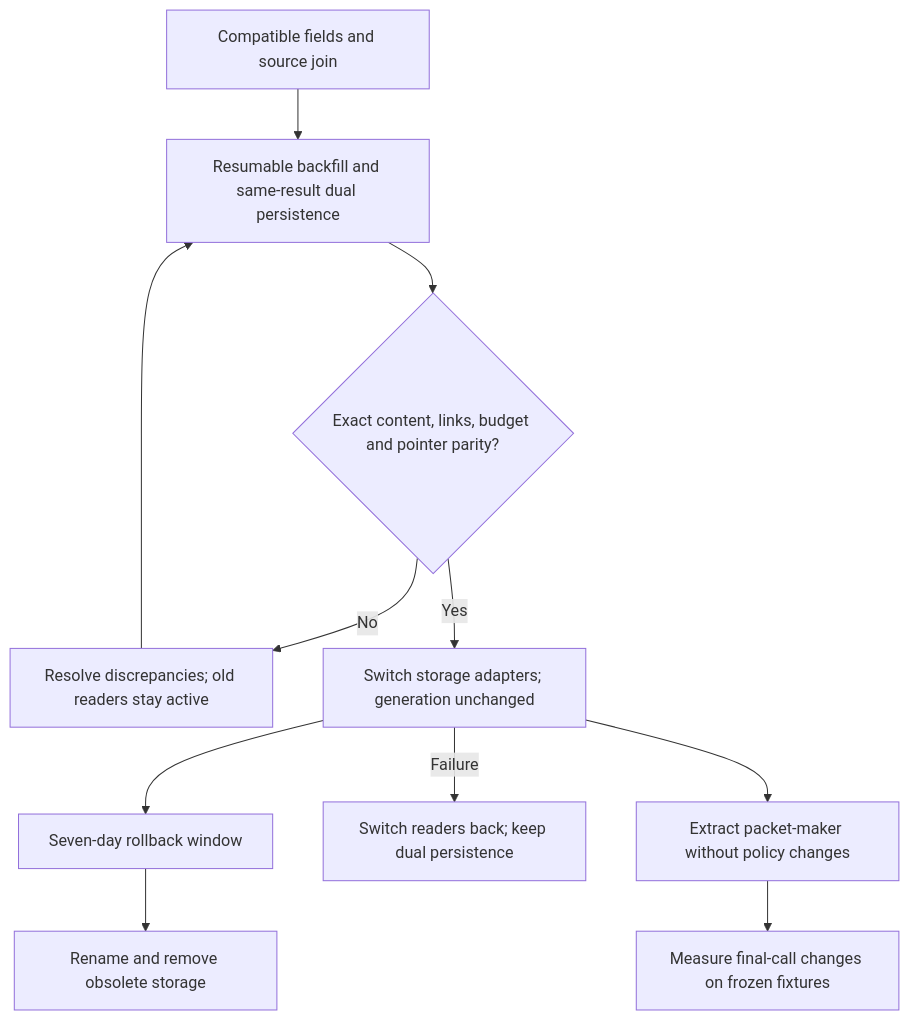
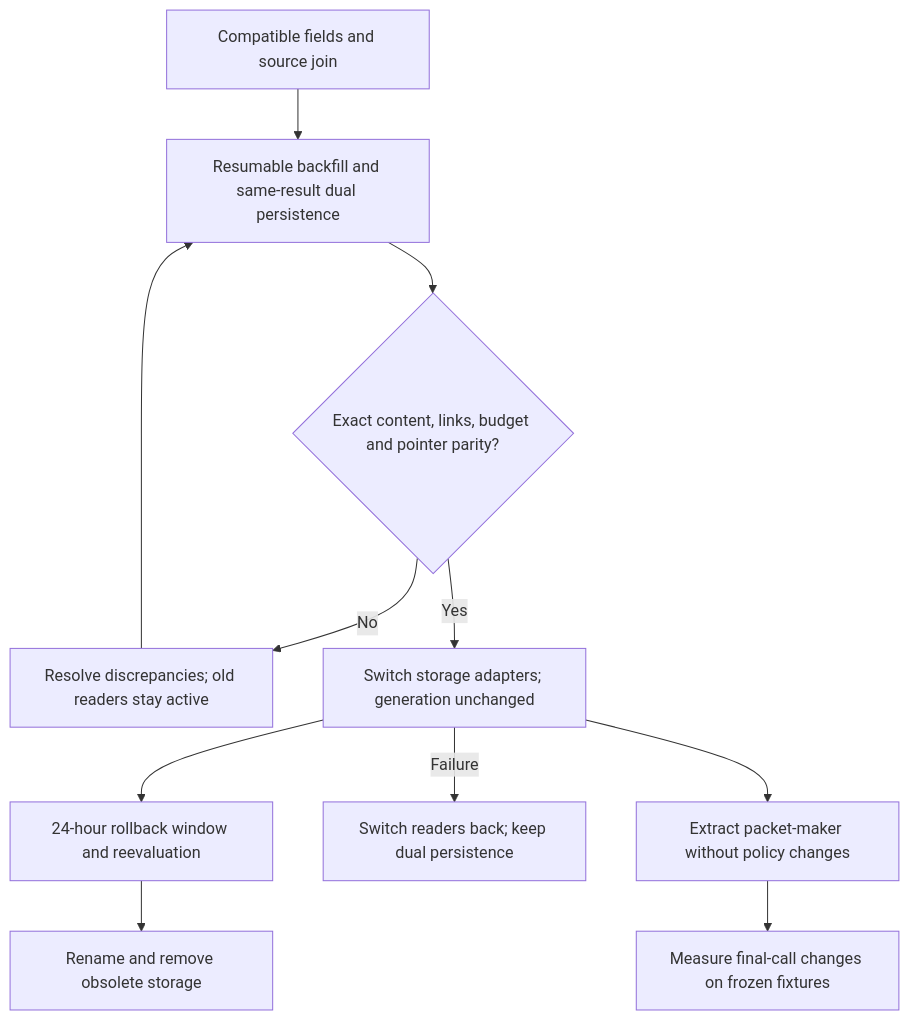
The third of 5 diagrams in docs/plans/2026-09-30-051835-docs-g2-voices-corpus-plan.md (allenwlee/pushin-weight-v2), drawn with Mermaid before and after one commit. The commit also changed other lines of this file and 14 other files, not shown here.

````diff
--- a/docs/plans/2026-09-30-051835-docs-g2-voices-corpus-plan.md
+++ b/docs/plans/2026-09-30-051835-docs-g2-voices-corpus-plan.md
@@ -142,13 +173,13 @@
 ```mermaid
 flowchart TB
   Expand[Compatible fields and source join] --> Import[Resumable backfill and same-result dual persistence]
   Import --> Compare{Exact content, links, budget and pointer parity?}
   Compare -->|No| Repair[Resolve discrepancies; old readers stay active]
   Repair --> Import
   Compare -->|Yes| Switch[Switch storage adapters; generation unchanged]
-  Switch --> Observe[Seven-day rollback window]
+  Switch --> Observe[24-hour rollback window and reevaluation]
   Switch -->|Failure| Rollback[Switch readers back; keep dual persistence]
   Observe --> Retire[Rename and remove obsolete storage]
   Switch --> Extract[Extract packet-maker without policy changes]
   Extract --> Evaluate[Measure final-call changes on frozen fixtures]
 ```
````
